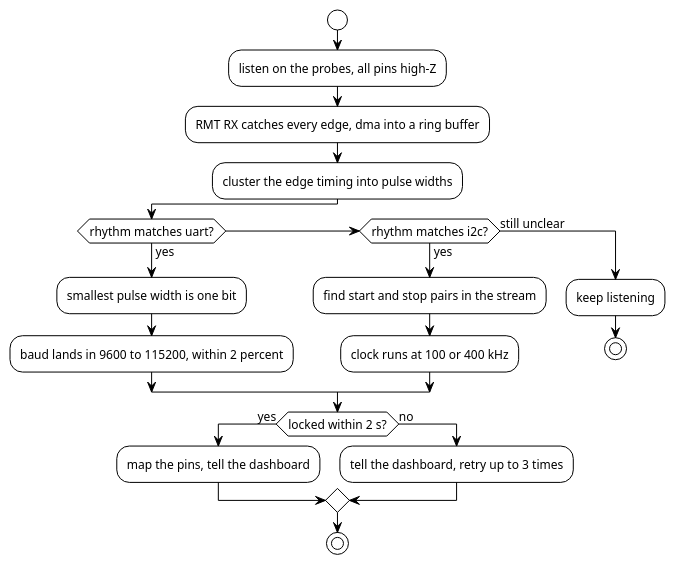
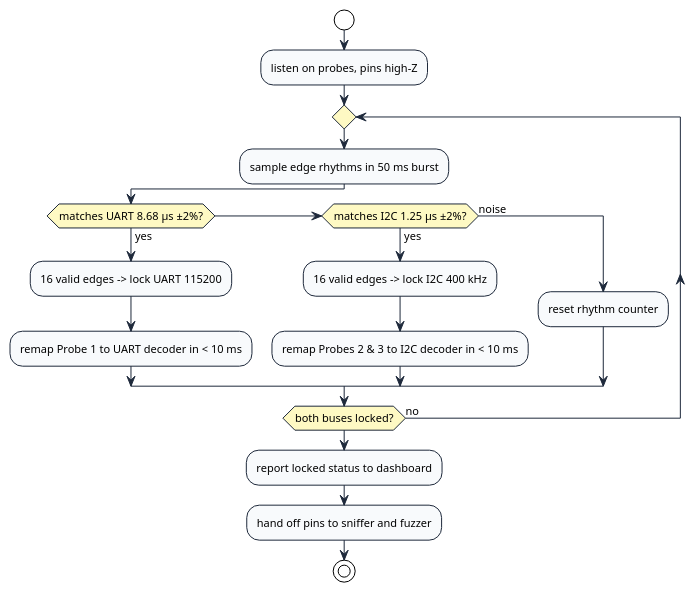
Before and after one commit to adoreblvnk/whattheflip: the diagram in reports/diagrams/discovery_flow.puml, drawn with PlantUML. The commit also changed 11 other files, not shown here.

First line of the commit message:
docs: rework hardware enumeration, tech stack, and bench diagrams

```diff
--- a/reports/diagrams/discovery_flow.puml
+++ b/reports/diagrams/discovery_flow.puml
@@ -1,30 +1,32 @@
 @startuml discovery_flow
 !theme plain
 skinparam backgroundColor #FFFFFF
 skinparam defaultFontName Arial
-skinparam defaultFontSize 12
+skinparam defaultFontSize 11
 skinparam shadowing false
+skinparam ActivityBorderColor #1E293B
+skinparam ActivityBackgroundColor #F8FAFC
+skinparam ActivityDiamondBackgroundColor #FEF9C3
+skinparam ArrowColor #1E293B
 
 start
-:listen on the probes, all pins high-Z;
-:RMT RX catches every edge, dma into a ring buffer;
-:cluster the edge timing into pulse widths;
+:listen on probes, pins high-Z;
 
-if (rhythm matches uart?) then (yes)
-  :smallest pulse width is one bit;
-  :baud lands in 9600 to 115200, within 2 percent;
-elseif (rhythm matches i2c?) then (yes)
-  :find start and stop pairs in the stream;
-  :clock runs at 100 or 400 kHz;
-else (still unclear)
-  :keep listening;
-  stop
-endif
+repeat
+  :sample edge rhythms in 50 ms burst;
 
-if (locked within 2 s?) then (yes)
-  :map the pins, tell the dashboard;
-else (no)
-  :tell the dashboard, retry up to 3 times;
-endif
+  if (matches UART 8.68 µs ±2%?) then (yes)
+    :16 valid edges -> lock UART 115200;
+    :remap Probe 1 to UART decoder in < 10 ms;
+  elseif (matches I2C 1.25 µs ±2%?) then (yes)
+    :16 valid edges -> lock I2C 400 kHz;
+    :remap Probes 2 & 3 to I2C decoder in < 10 ms;
+  else (noise)
+    :reset rhythm counter;
+  endif
+repeat while (both buses locked?) is (no)
+
+:report locked status to dashboard;
+:hand off pins to sniffer and fuzzer;
 stop
 @enduml
```
